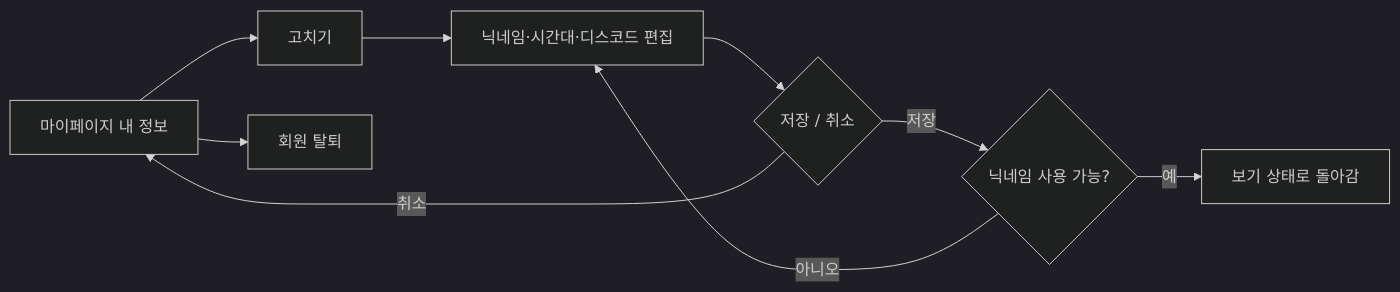
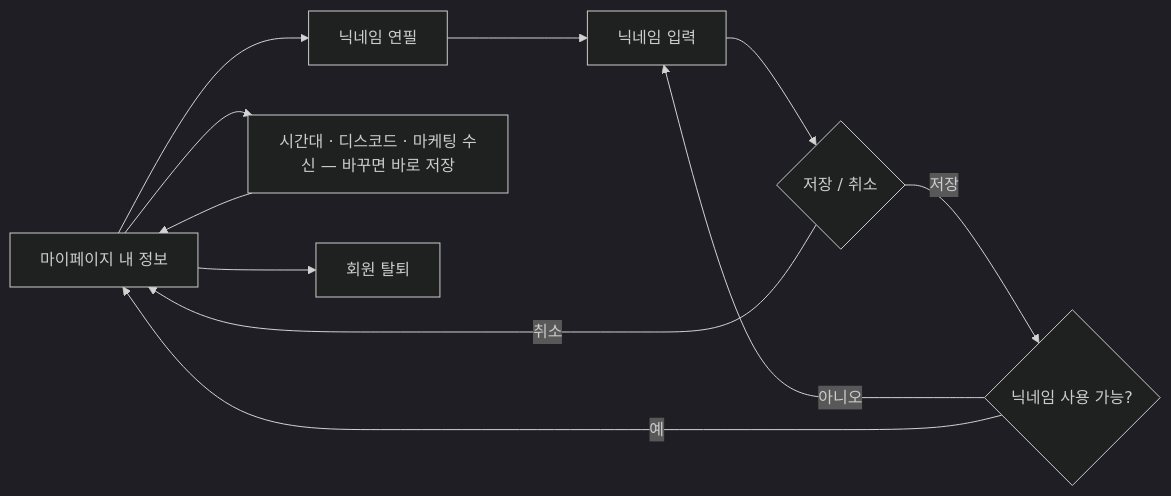
Before and after one commit to StudyClub-PlusPlus/studyclub-engineering: the first of 2 diagrams in 01-planning/stories/crew-edit-profile/PRD.md, drawn with Mermaid (dark theme). The commit also changed other lines of this file and 2 other files, not shown here.

First line of the commit message:
마이페이지 내 정보: 줄마다 저장 — 닉네임만 연필로 고치고, 시간대·디스코드·마케팅 수신은 바꾸면 바로 저장

````diff
--- a/01-planning/stories/crew-edit-profile/PRD.md
+++ b/01-planning/stories/crew-edit-profile/PRD.md
@@ -9,11 +9,12 @@
 ```mermaid
 flowchart LR
-  A["마이페이지 내 정보"] --> B["고치기"]
-  B --> C["닉네임·시간대·디스코드 편집"]
+  A["마이페이지 내 정보"] --> B["닉네임 연필"]
+  B --> C["닉네임 입력"]
   C --> D{"저장 / 취소"}
   D -->|취소| A
   D -->|저장| E{"닉네임 사용 가능?"}
   E -->|아니오| C
-  E -->|예| F["보기 상태로 돌아감"]
+  E -->|예| A
+  A --> H["시간대 · 디스코드 · 마케팅 수신 — 바꾸면 바로 저장"] --> A
   A --> G["회원 탈퇴"]
 ```
````
